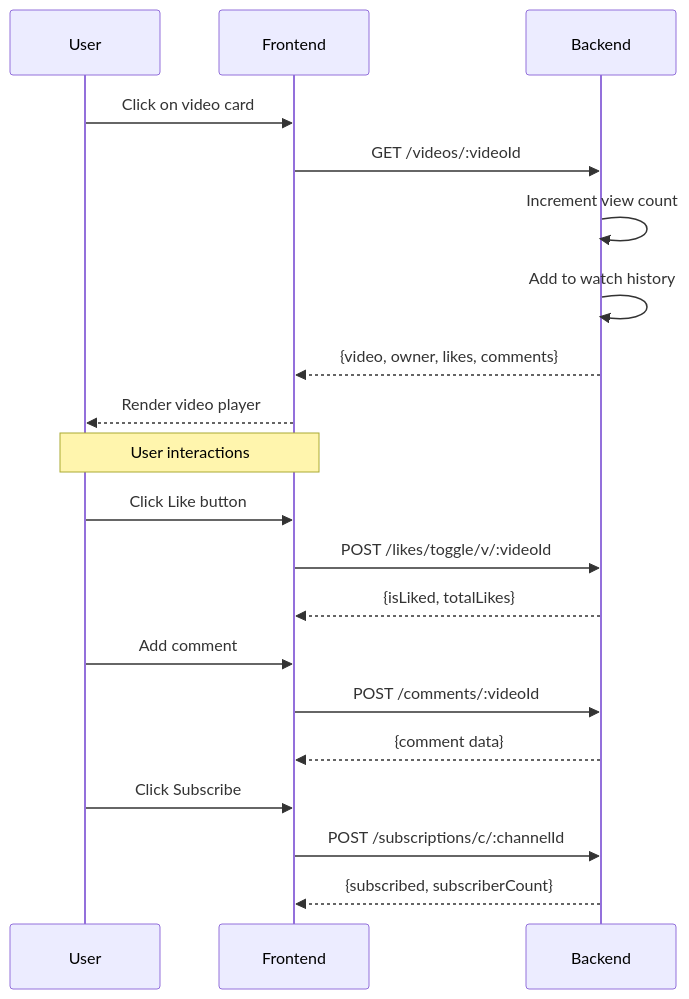
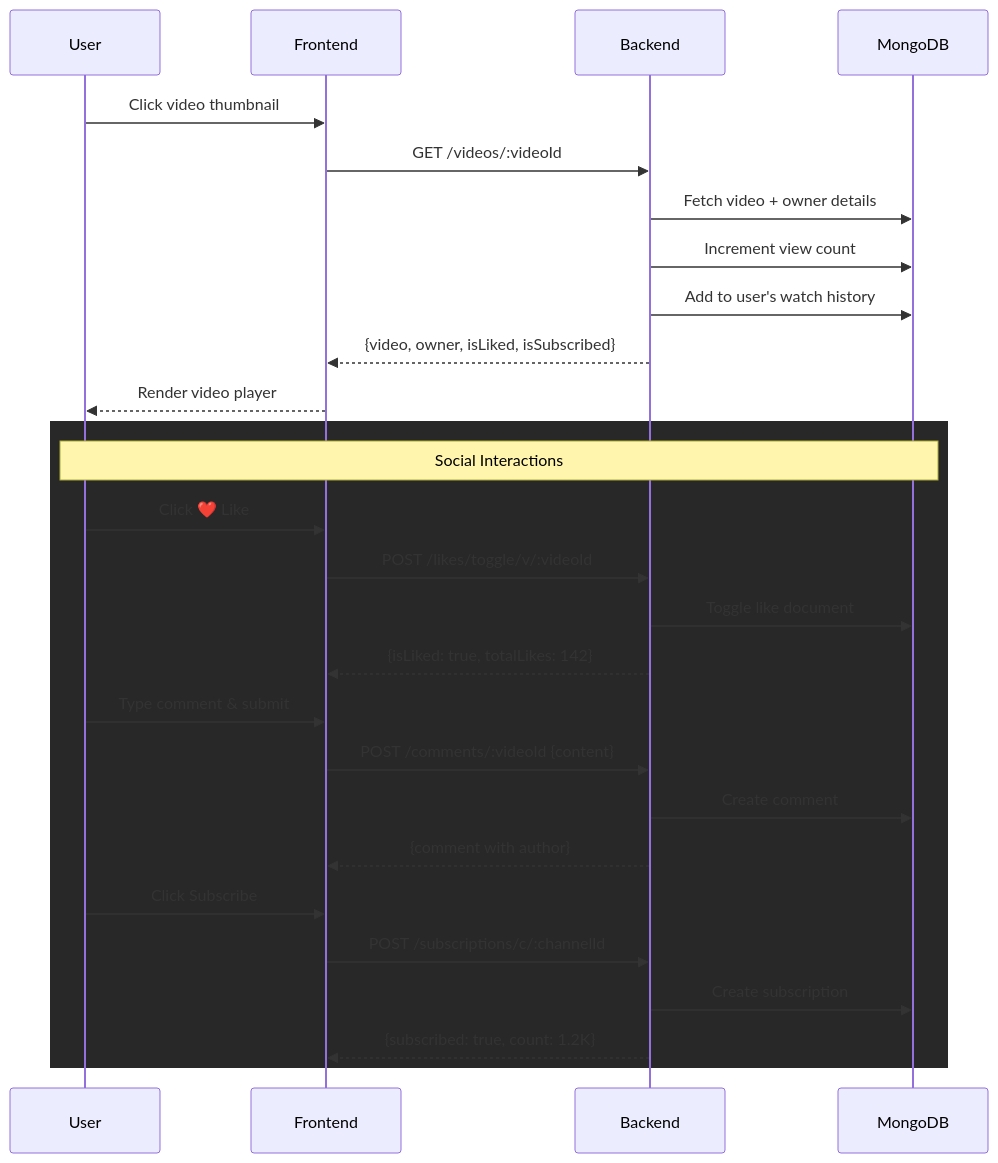
Before and after one commit to Makwana-Nikunj/b: the seventh of 8 diagrams in README.md, drawn with Mermaid. The commit also changed other lines of this file, not shown here.

Commit message:
docs: Overhaul README.md to provide comprehensive project setup, architecture, and core user workflow documentation.

````diff
--- a/README.md
+++ b/README.md
@@ -127,27 +351,34 @@
 ```mermaid
 sequenceDiagram
     participant User
     participant Frontend
     participant Backend
+    participant MongoDB
 
-    User->>Frontend: Click on video card
+    User->>Frontend: Click video thumbnail
     Frontend->>Backend: GET /videos/:videoId
-    Backend->>Backend: Increment view count
-    Backend->>Backend: Add to watch history
-    Backend-->>Frontend: {video, owner, likes, comments}
+    Backend->>MongoDB: Fetch video + owner details
+    Backend->>MongoDB: Increment view count
+    Backend->>MongoDB: Add to user's watch history
+    Backend-->>Frontend: {video, owner, isLiked, isSubscribed}
     Frontend-->>User: Render video player
 
-    Note over User,Frontend: User interactions
+    rect rgb(40, 40, 40)
+        Note over User,MongoDB: Social Interactions
+        
+        User->>Frontend: Click ❤️ Like
+        Frontend->>Backend: POST /likes/toggle/v/:videoId
+        Backend->>MongoDB: Toggle like document
+        Backend-->>Frontend: {isLiked: true, totalLikes: 142}
 
-    User->>Frontend: Click Like button
-    Frontend->>Backend: POST /likes/toggle/v/:videoId
-    Backend-->>Frontend: {isLiked, totalLikes}
+        User->>Frontend: Type comment & submit
+        Frontend->>Backend: POST /comments/:videoId {content}
+        Backend->>MongoDB: Create comment
+        Backend-->>Frontend: {comment with author}
 
-    User->>Frontend: Add comment
-    Frontend->>Backend: POST /comments/:videoId
-    Backend-->>Frontend: {comment data}
-
-    User->>Frontend: Click Subscribe
-    Frontend->>Backend: POST /subscriptions/c/:channelId
-    Backend-->>Frontend: {subscribed, subscriberCount}
+        User->>Frontend: Click Subscribe
+        Frontend->>Backend: POST /subscriptions/c/:channelId
+        Backend->>MongoDB: Create subscription
+        Backend-->>Frontend: {subscribed: true, count: 1.2K}
+    end
 ```
````
